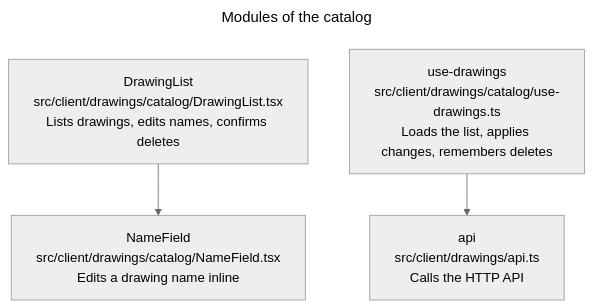
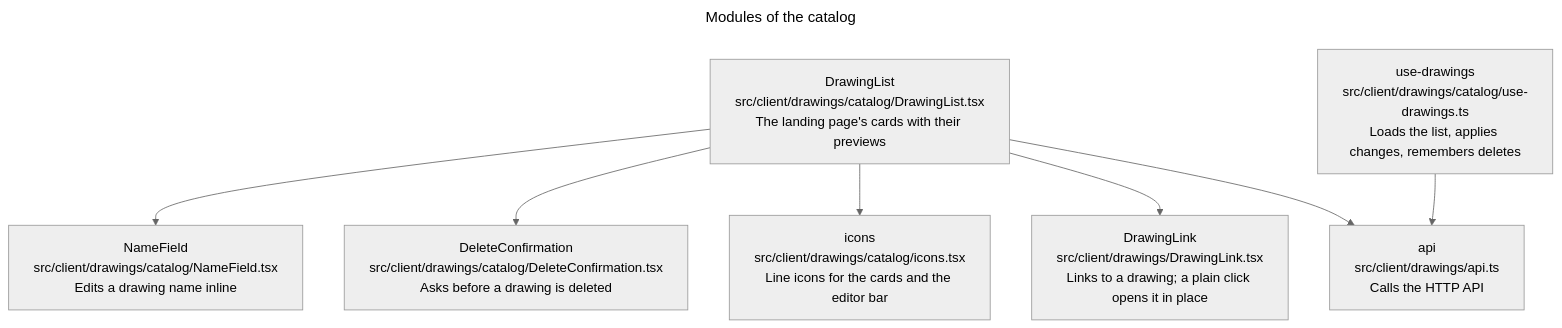
Before and after one commit to remshams/excalidraw-dashboard: the seventh of 10 diagrams in docs/architecture/architecture.md, drawn with Mermaid (neutral theme). The commit also changed other lines of this file and 1 other file, not shown here.

Commit message:
docs(Architecture): describe the landing page and the editor view

````diff
--- a/docs/architecture/architecture.md
+++ b/docs/architecture/architecture.md
@@ -170,12 +174,15 @@
 ```mermaid
 ---
 title: Modules of the catalog
 ---
 flowchart TD
-    list["DrawingList<br>src/client/drawings/catalog/DrawingList.tsx<br>Lists drawings, edits names, confirms deletes"]:::module
+    list["DrawingList<br>src/client/drawings/catalog/DrawingList.tsx<br>The landing page's cards with their previews"]:::module
     name["NameField<br>src/client/drawings/catalog/NameField.tsx<br>Edits a drawing name inline"]:::module
+    confirm["DeleteConfirmation<br>src/client/drawings/catalog/DeleteConfirmation.tsx<br>Asks before a drawing is deleted"]:::module
+    icons["icons<br>src/client/drawings/catalog/icons.tsx<br>Line icons for the cards and the editor bar"]:::module
     drawings["use-drawings<br>src/client/drawings/catalog/use-drawings.ts<br>Loads the list, applies changes, remembers deletes"]:::module
+    link["DrawingLink<br>src/client/drawings/DrawingLink.tsx<br>Links to a drawing; a plain click opens it in place"]:::module
     api["api<br>src/client/drawings/api.ts<br>Calls the HTTP API"]:::module
-    list --> name
+    list --> name & confirm & icons & link & api
     drawings --> api
 ```
````
